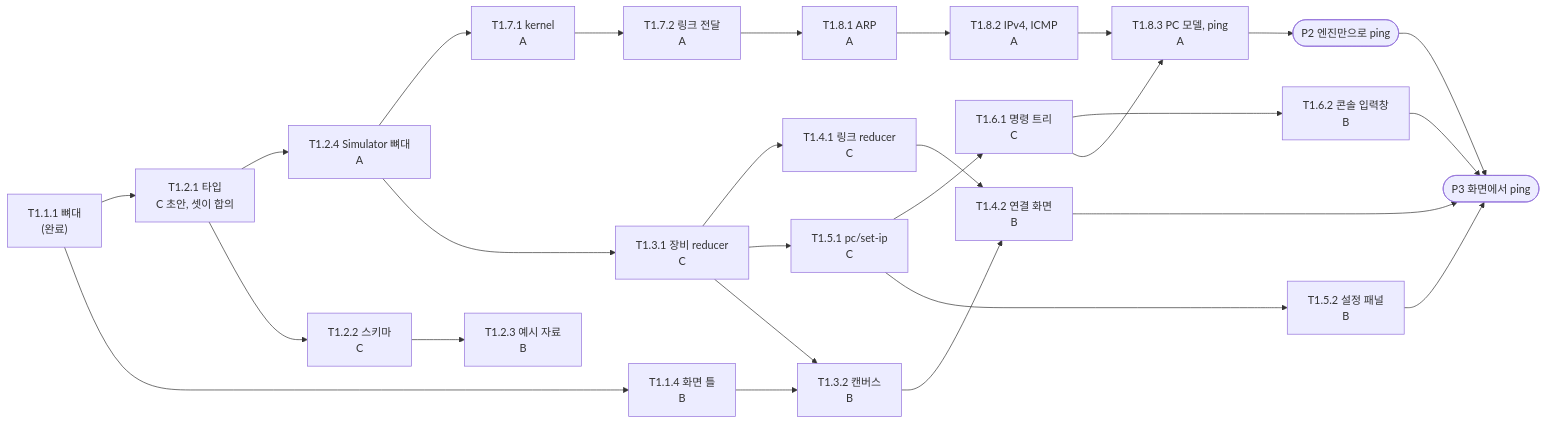
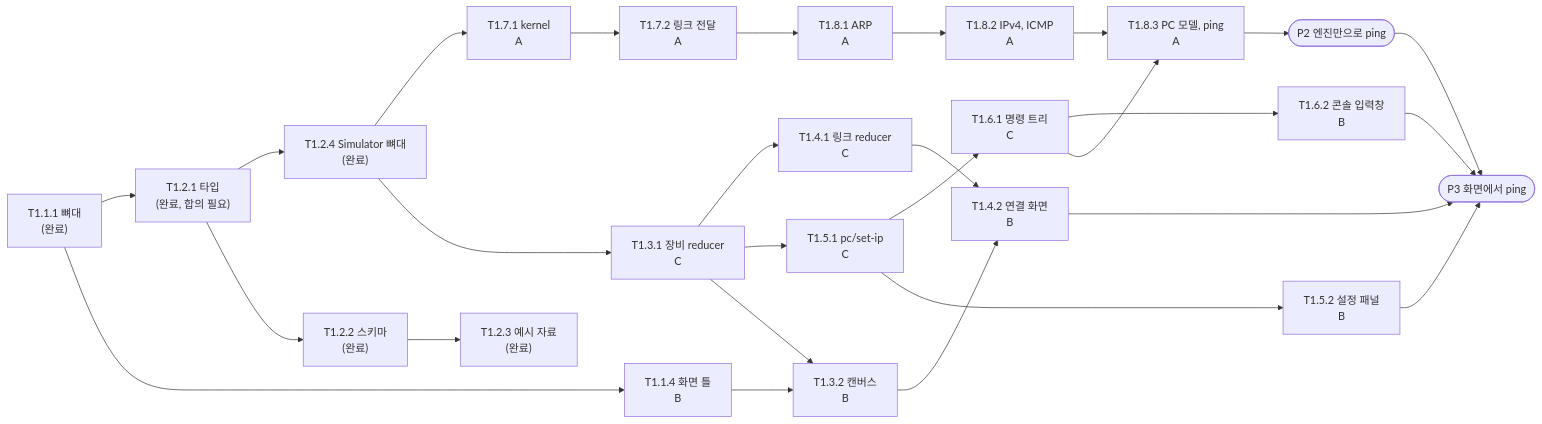
The third of 3 diagrams in docs/project-plan/06-two-pc-ping-plan.md (TL-cg11/PING9), drawn with Mermaid before and after one commit. The commit also changed other lines of this file and 5 other files, not shown here.

````diff
--- a/docs/project-plan/06-two-pc-ping-plan.md
+++ b/docs/project-plan/06-two-pc-ping-plan.md
@@ -106,35 +130,35 @@
 ```mermaid
 flowchart LR
-    T111["T1.1.1 뼈대<br/>(완료)"] --> T121["T1.2.1 타입<br/>C 초안, 셋이 합의"]
+    T111["T1.1.1 뼈대<br/>(완료)"] --> T121["T1.2.1 타입<br/>(완료, 합의 필요)"]
 
-    T121 --> T124["T1.2.4 Simulator 뼈대<br/>A"]
-    T121 --> T122["T1.2.2 스키마<br/>C"]
+    T121 --> T124["T1.2.4 Simulator 뼈대<br/>(완료)"]
+    T121 --> T122["T1.2.2 스키마<br/>(완료)"]
     T111 --> T114["T1.1.4 화면 틀<br/>B"]
 
-    T122 --> T123["T1.2.3 예시 자료<br/>B"]
+    T122 --> T123["T1.2.3 예시 자료<br/>(완료)"]
     T124 --> T171["T1.7.1 kernel<br/>A"]
     T124 --> T131["T1.3.1 장비 reducer<br/>C"]
 
     T171 --> T172["T1.7.2 링크 전달<br/>A"]
     T172 --> T181["T1.8.1 ARP<br/>A"]
     T181 --> T182["T1.8.2 IPv4, ICMP<br/>A"]
 
     T131 --> T141["T1.4.1 링크 reducer<br/>C"]
     T131 --> T151["T1.5.1 pc/set-ip<br/>C"]
     T151 --> T161["T1.6.1 명령 트리<br/>C"]
 
     T131 --> T132["T1.3.2 캔버스<br/>B"]
     T114 --> T132
     T141 --> T142["T1.4.2 연결 화면<br/>B"]
     T132 --> T142
     T151 --> T152["T1.5.2 설정 패널<br/>B"]
     T161 --> T162["T1.6.2 콘솔 입력창<br/>B"]
 
     T182 --> T183["T1.8.3 PC 모델, ping<br/>A"]
     T161 --> T183
     T183 --> P2(["P2 엔진만으로 ping"])
     T162 --> P3(["P3 화면에서 ping"])
     T142 --> P3
     T152 --> P3
     P2 --> P3
 ```
````
